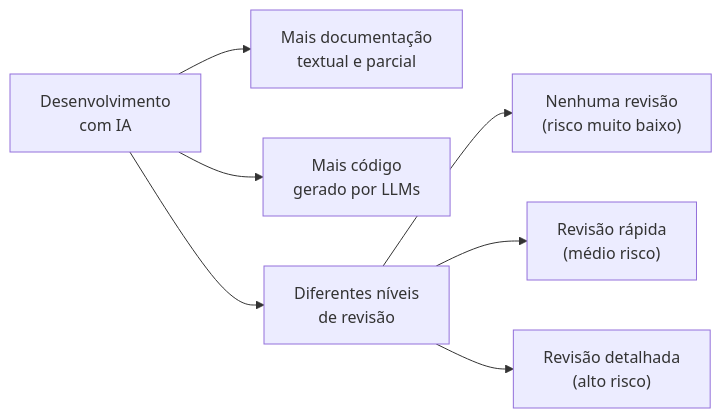
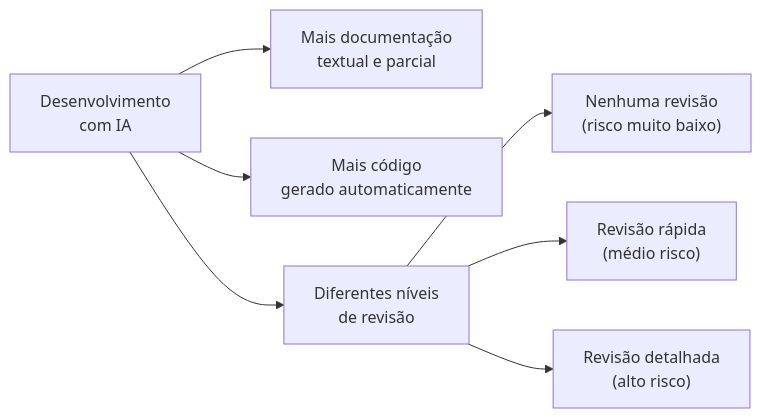
The third of 3 diagrams in codigo-morreu.md (mtov/ia4es), drawn with Mermaid before and after one commit. The commit also changed other lines of this file, not shown here.

````diff
--- a/codigo-morreu.md
+++ b/codigo-morreu.md
@@ -58,10 +60,10 @@
 ```mermaid
 flowchart LR
     A["Desenvolvimento<br/>com IA"] --> B["Mais documentação<br/>textual e parcial"]
-    A --> C["Mais código<br/>gerado por LLMs"]
+    A --> C["Mais código<br/>gerado automaticamente"]
     A --> D["Diferentes níveis<br/>de revisão"]
 
     D --> E["Nenhuma revisão <br/>(risco muito baixo)"]
     D --> F["Revisão rápida<br/> (médio risco)"]
     D --> G["Revisão detalhada<br/> (alto risco)"]
 ```
````
